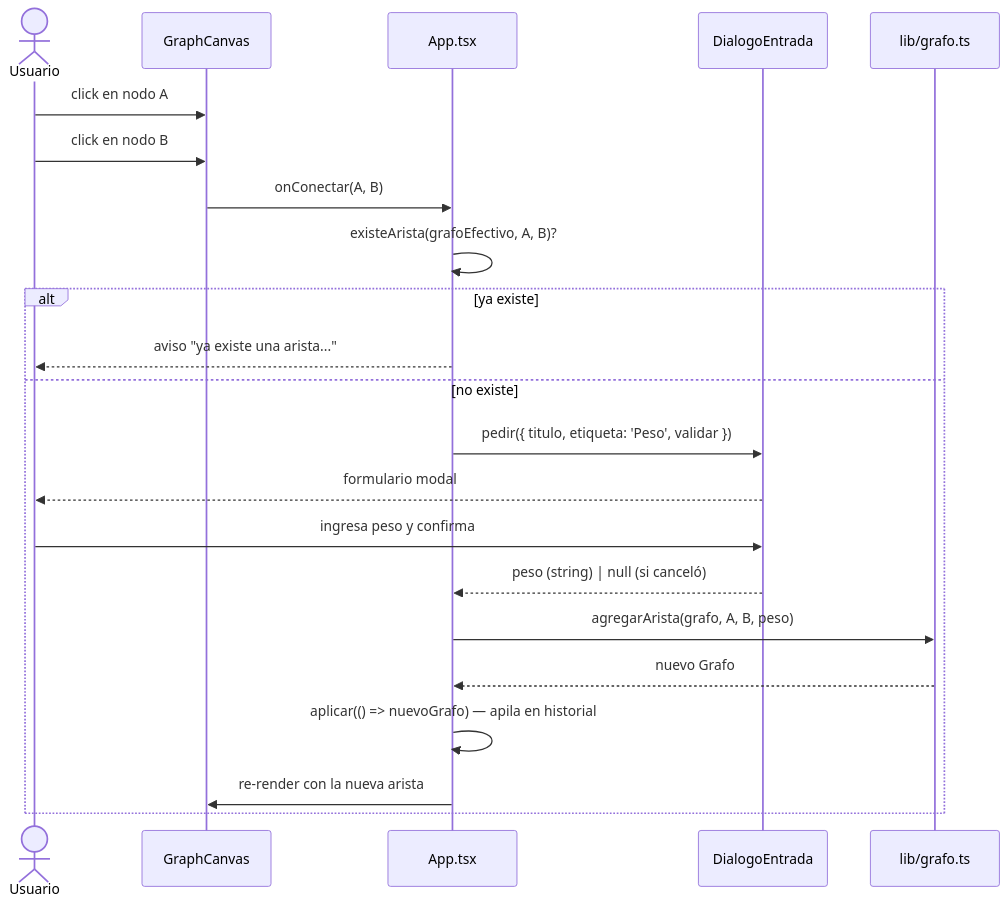
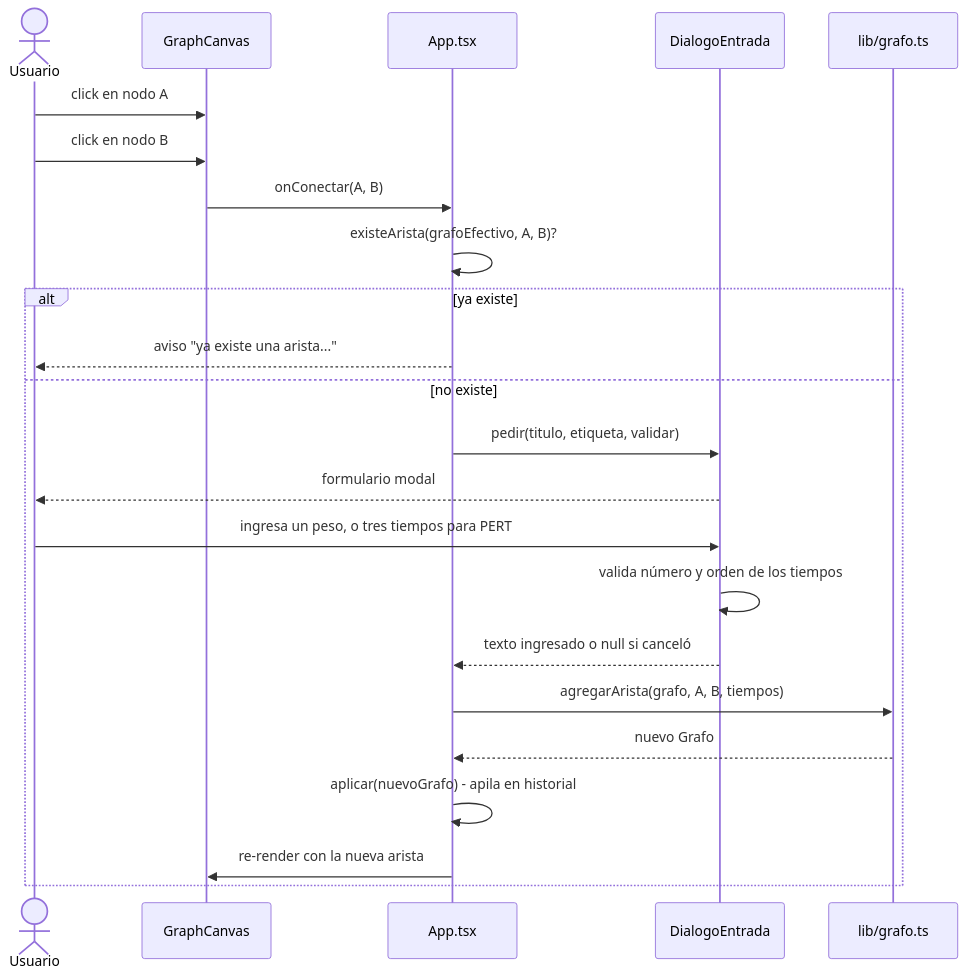
Before and after one commit to jppirra/iop: the fifth of 6 diagrams in docs/04-diagramas.md, drawn with Mermaid. The commit also changed other lines of this file and 7 other files, not shown here.

````diff
--- a/docs/04-diagramas.md
+++ b/docs/04-diagramas.md
@@ -145,25 +220,26 @@
 ```mermaid
 sequenceDiagram
     actor U as Usuario
     participant GC as GraphCanvas
     participant App as App.tsx
     participant Dlg as DialogoEntrada
     participant LibGrafo as lib/grafo.ts
 
     U->>GC: click en nodo A
     U->>GC: click en nodo B
     GC->>App: onConectar(A, B)
     App->>App: existeArista(grafoEfectivo, A, B)?
     alt ya existe
         App-->>U: aviso "ya existe una arista..."
     else no existe
-        App->>Dlg: pedir({ titulo, etiqueta: 'Peso', validar })
+        App->>Dlg: pedir(titulo, etiqueta, validar)
         Dlg-->>U: formulario modal
-        U->>Dlg: ingresa peso y confirma
-        Dlg-->>App: peso (string) | null (si canceló)
-        App->>LibGrafo: agregarArista(grafo, A, B, peso)
+        U->>Dlg: ingresa un peso, o tres tiempos para PERT
+        Dlg->>Dlg: valida número y orden de los tiempos
+        Dlg-->>App: texto ingresado o null si canceló
+        App->>LibGrafo: agregarArista(grafo, A, B, tiempos)
         LibGrafo-->>App: nuevo Grafo
-        App->>App: aplicar(() => nuevoGrafo) — apila en historial
+        App->>App: aplicar(nuevoGrafo) - apila en historial
         App->>GC: re-render con la nueva arista
     end
 ```
````
